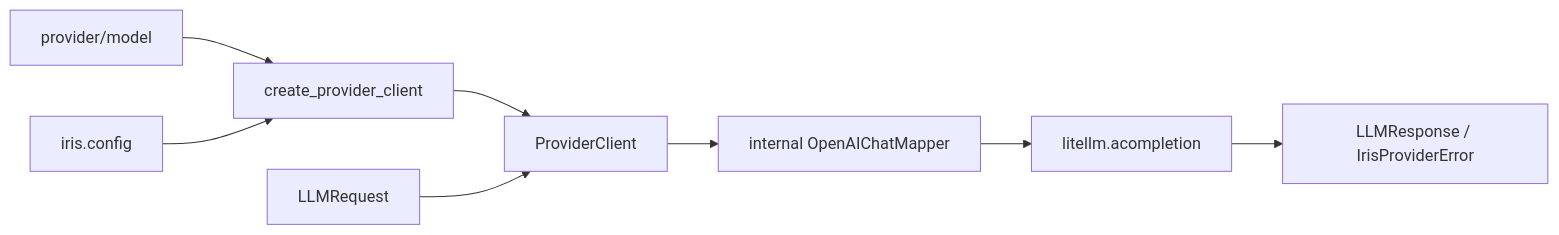
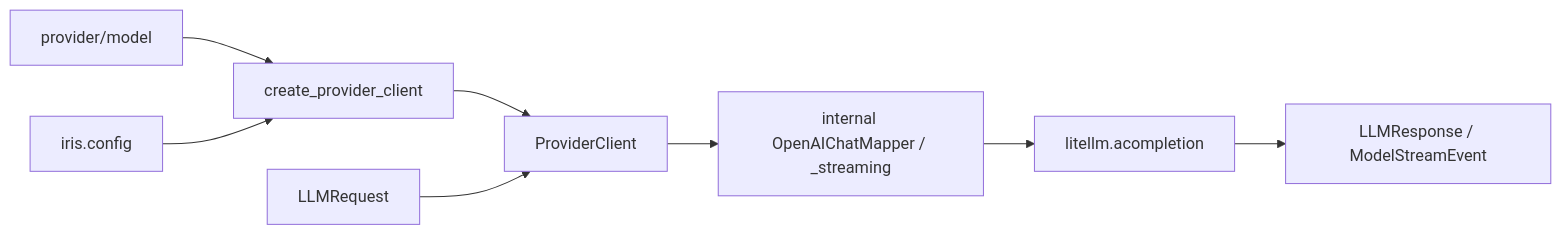
The diagram in src/iris/providers/README.en.md (Tsubaki-01/Iris), drawn with Mermaid before and after one commit. The commit also changed other lines of this file and 11 other files, not shown here.

````diff
--- a/src/iris/providers/README.en.md
+++ b/src/iris/providers/README.en.md
@@ -32,10 +32,10 @@
 ```mermaid
 flowchart LR
     Route["provider/model"] --> Factory["create_provider_client"]
     Config["iris.config"] --> Factory
     Factory --> Client["ProviderClient"]
     Request["LLMRequest"] --> Client
-    Client --> Mapper["internal OpenAIChatMapper"]
+    Client --> Mapper["internal OpenAIChatMapper / _streaming"]
     Mapper --> LiteLLM["litellm.acompletion"]
-    LiteLLM --> Response["LLMResponse / IrisProviderError"]
+    LiteLLM --> Response["LLMResponse / ModelStreamEvent"]
 ```
````
